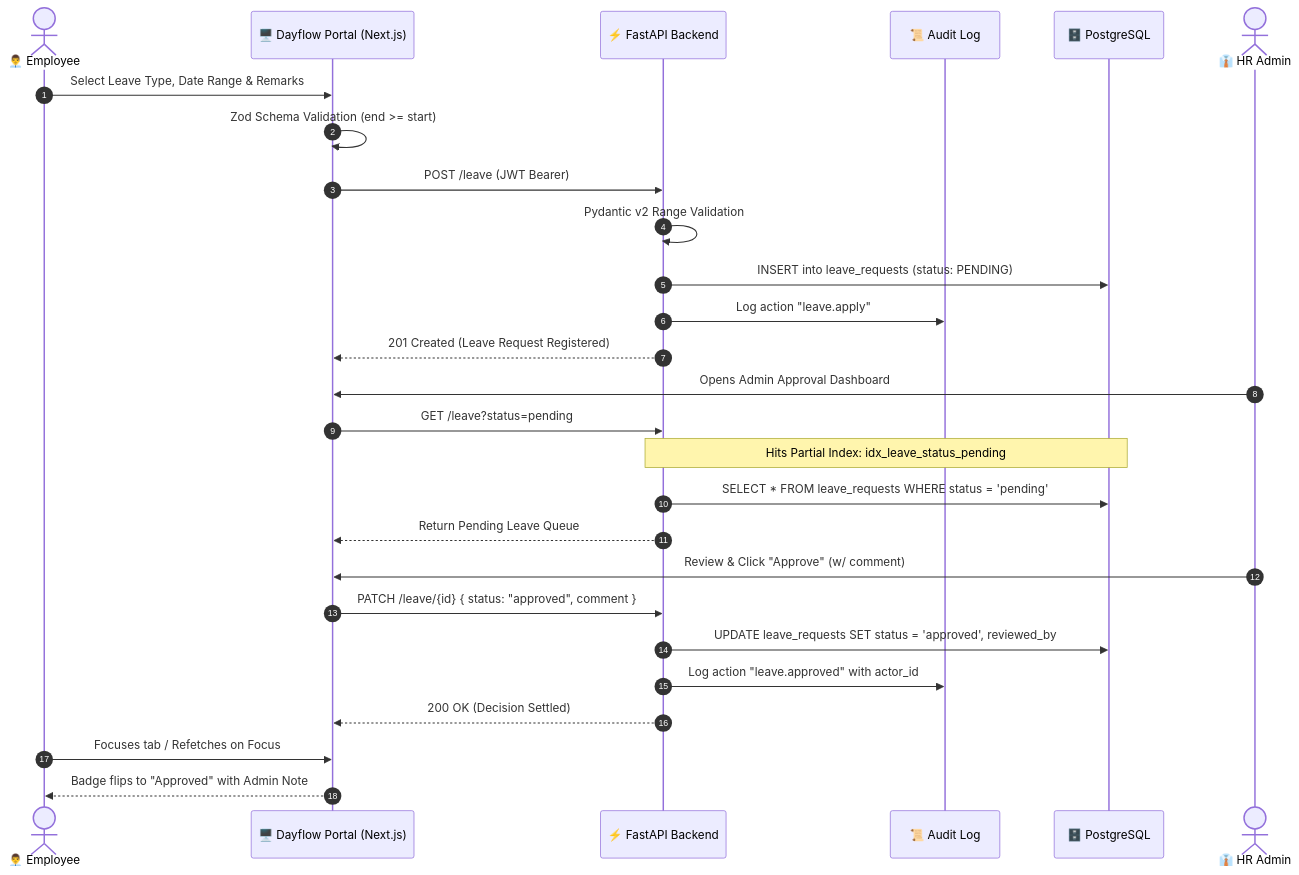
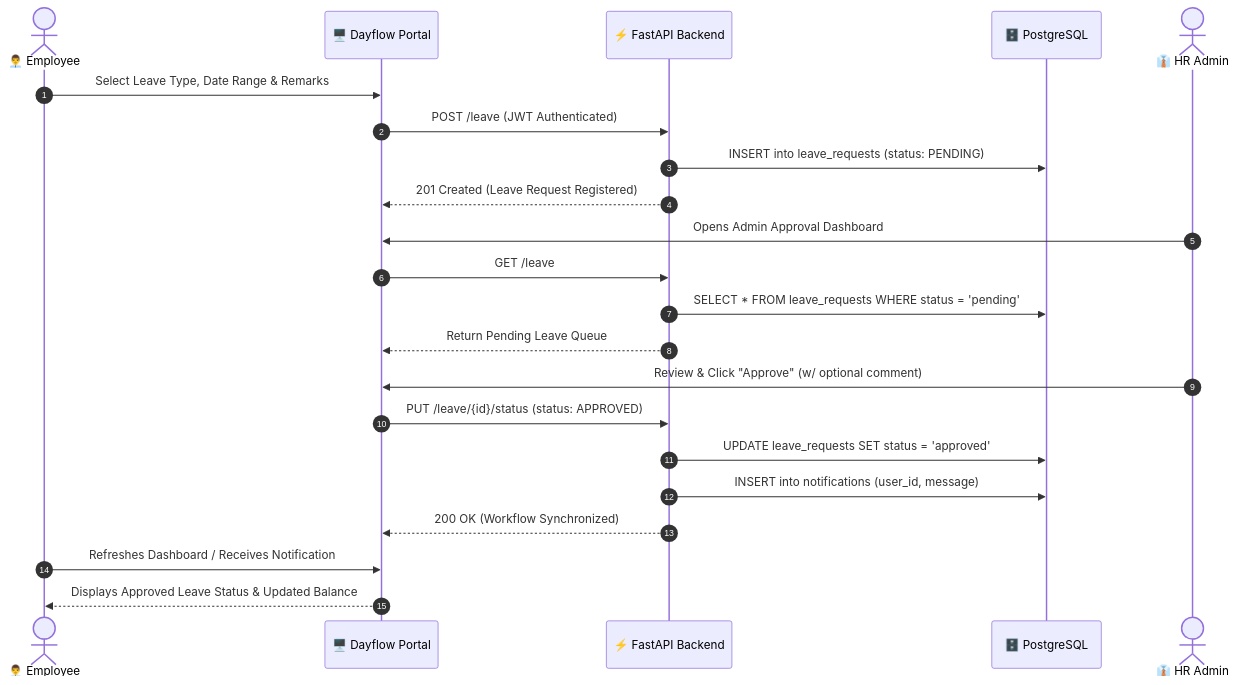
The second of 5 diagrams in README.md (oggigachad/dayflow), drawn with Mermaid before and after one commit. The commit also changed other lines of this file, not shown here.

````diff
--- a/README.md
+++ b/README.md
@@ -127,33 +114,28 @@
 ```mermaid
 sequenceDiagram
     autonumber
     actor Employee as 👨‍💼 Employee
-    participant Client as 🖥️ Dayflow Portal (Next.js)
+    participant Client as 🖥️ Dayflow Portal
     participant API as ⚡ FastAPI Backend
-    participant Audit as 📜 Audit Log
     participant DB as 🗄️ PostgreSQL
     actor Admin as 👔 HR Admin
 
     Employee->>Client: Select Leave Type, Date Range & Remarks
-    Client->>Client: Zod Schema Validation (end >= start)
-    Client->>API: POST /leave (JWT Bearer)
-    API->>API: Pydantic v2 Range Validation
+    Client->>API: POST /leave (JWT Authenticated)
     API->>DB: INSERT into leave_requests (status: PENDING)
-    API->>Audit: Log action "leave.apply"
     API-->>Client: 201 Created (Leave Request Registered)
     
     Admin->>Client: Opens Admin Approval Dashboard
-    Client->>API: GET /leave?status=pending
-    Note over API,DB: Hits Partial Index: idx_leave_status_pending
+    Client->>API: GET /leave
     API->>DB: SELECT * FROM leave_requests WHERE status = 'pending'
     API-->>Client: Return Pending Leave Queue
     
-    Admin->>Client: Review & Click "Approve" (w/ comment)
-    Client->>API: PATCH /leave/{id} { status: "approved", comment }
-    API->>DB: UPDATE leave_requests SET status = 'approved', reviewed_by
-    API->>Audit: Log action "leave.approved" with actor_id
-    API-->>Client: 200 OK (Decision Settled)
+    Admin->>Client: Review & Click "Approve" (w/ optional comment)
+    Client->>API: PUT /leave/{id}/status (status: APPROVED)
+    API->>DB: UPDATE leave_requests SET status = 'approved'
+    API->>DB: INSERT into notifications (user_id, message)
+    API-->>Client: 200 OK (Workflow Synchronized)
     
-    Employee->>Client: Focuses tab / Refetches on Focus
-    Client-->>Employee: Badge flips to "Approved" with Admin Note
+    Employee->>Client: Refreshes Dashboard / Receives Notification
+    Client-->>Employee: Displays Approved Leave Status & Updated Balance
 ```
````
